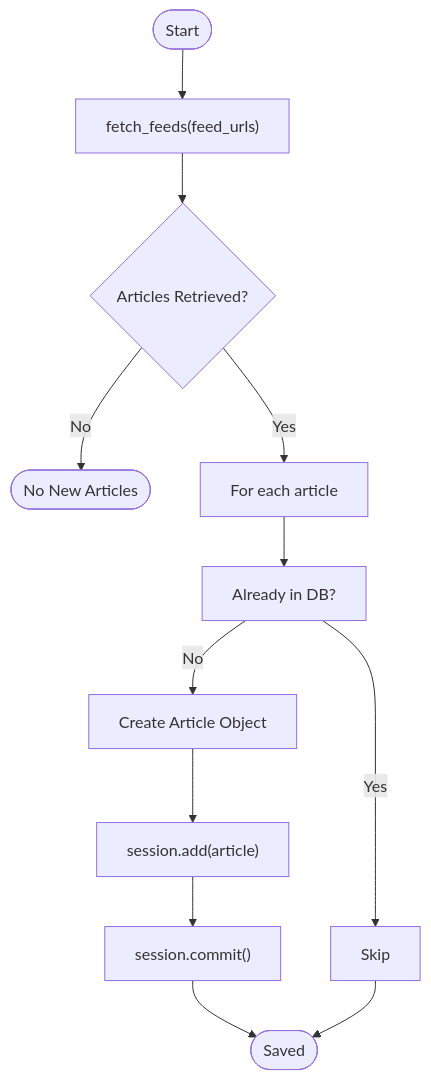
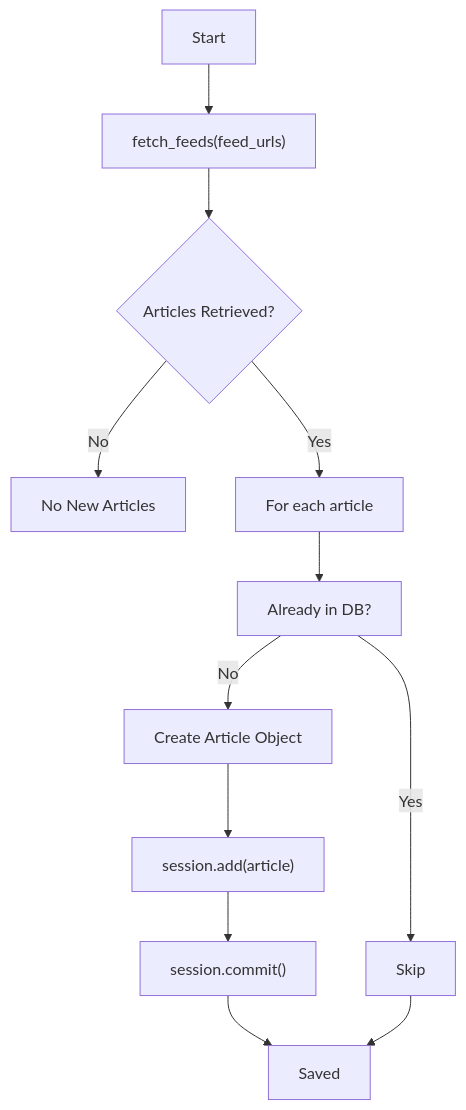
One commit to Likhithsai2580/RAVANA-WIKI changed the third of 6 diagrams in docs/Services/Data Service.md. Above: the diagram before and after it, drawn with Mermaid. The commit also changed 52 other files, not shown here.

First line of the commit message:
chore(docs): update documentation content, fix Mermaid diagrams, and enhance README

````diff
--- a/docs/Services/Data Service.md
+++ b/docs/Services/Data Service.md
@@ -100,14 +100,14 @@
 ```mermaid
 flowchart TD
-Start([Start]) --> Fetch["fetch_feeds(feed_urls)"]
+Start["Start"] --> Fetch["fetch_feeds(feed_urls)"]
 Fetch --> Articles{"Articles Retrieved?"}
-Articles --> |No| End1([No New Articles])
+Articles --> |No| End1["No New Articles"]
 Articles --> |Yes| Loop["For each article"]
 Loop --> Exists["Already in DB?"]
 Exists --> |Yes| Skip
 Exists --> |No| Create["Create Article Object"]
 Create --> Save["session.add(article)"]
 Save --> Commit["session.commit()"]
-Commit --> End2([Saved])
+Commit --> End2["Saved"]
 Skip --> End2
 ```
````
